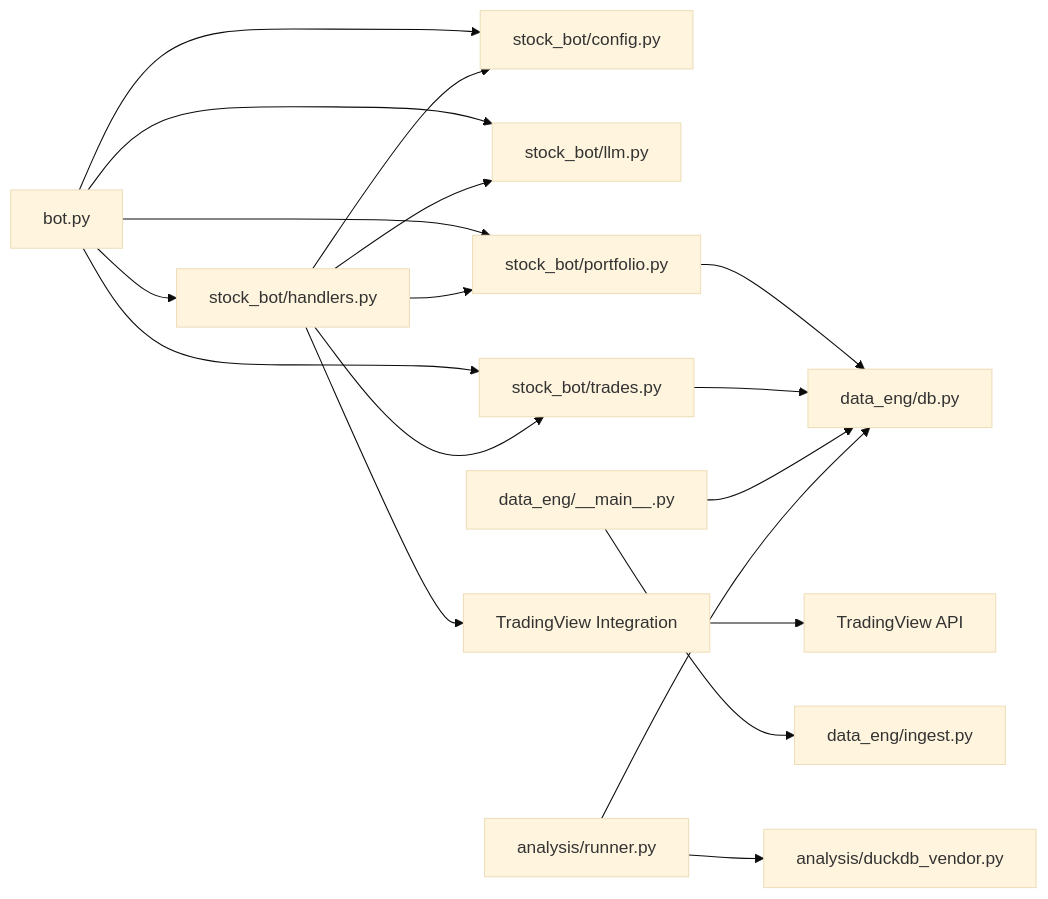
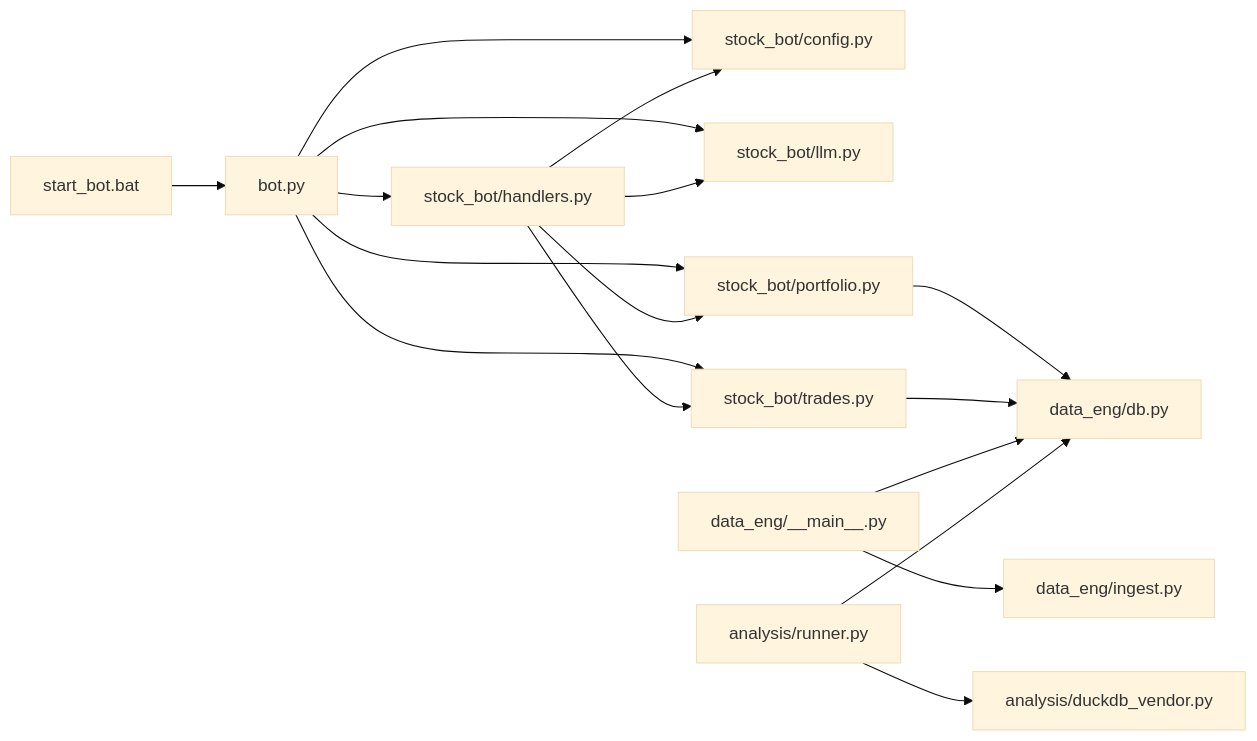
The fifth of 5 diagrams in .qoder/repowiki/en/content/Core Components/Stock Trading Bot.md (ZengSeng/telegram-bot), drawn with Mermaid (base theme) before and after one commit. The commit also changed other lines of this file and 9 other files, not shown here.

````diff
--- a/.qoder/repowiki/en/content/Core Components/Stock Trading Bot.md
+++ b/.qoder/repowiki/en/content/Core Components/Stock Trading Bot.md
@@ -398,20 +455,19 @@
 ```mermaid
 graph LR
 BOT["bot.py"] --> HANDLERS["stock_bot/handlers.py"]
 BOT --> CFG["stock_bot/config.py"]
 BOT --> LLM["stock_bot/llm.py"]
 BOT --> PORTFOLIO["stock_bot/portfolio.py"]
 BOT --> TRADES["stock_bot/trades.py"]
 HANDLERS --> PORTFOLIO
 HANDLERS --> TRADES
 HANDLERS --> LLM
 HANDLERS --> CFG
-HANDLERS --> TRADINGVIEW["TradingView Integration"]
 PORTFOLIO --> DB["data_eng/db.py"]
 TRADES --> DB
 DATA_MAIN["data_eng/__main__.py"] --> INGEST["data_eng/ingest.py"]
 DATA_MAIN --> DB
 ANALYSIS_RUNNER["analysis/runner.py"] --> DUCK["analysis/duckdb_vendor.py"]
 ANALYSIS_RUNNER --> DB
-TRADINGVIEW --> TV_API["TradingView API"]
+STARTBAT["start_bot.bat"] --> BOT
 ```
````
